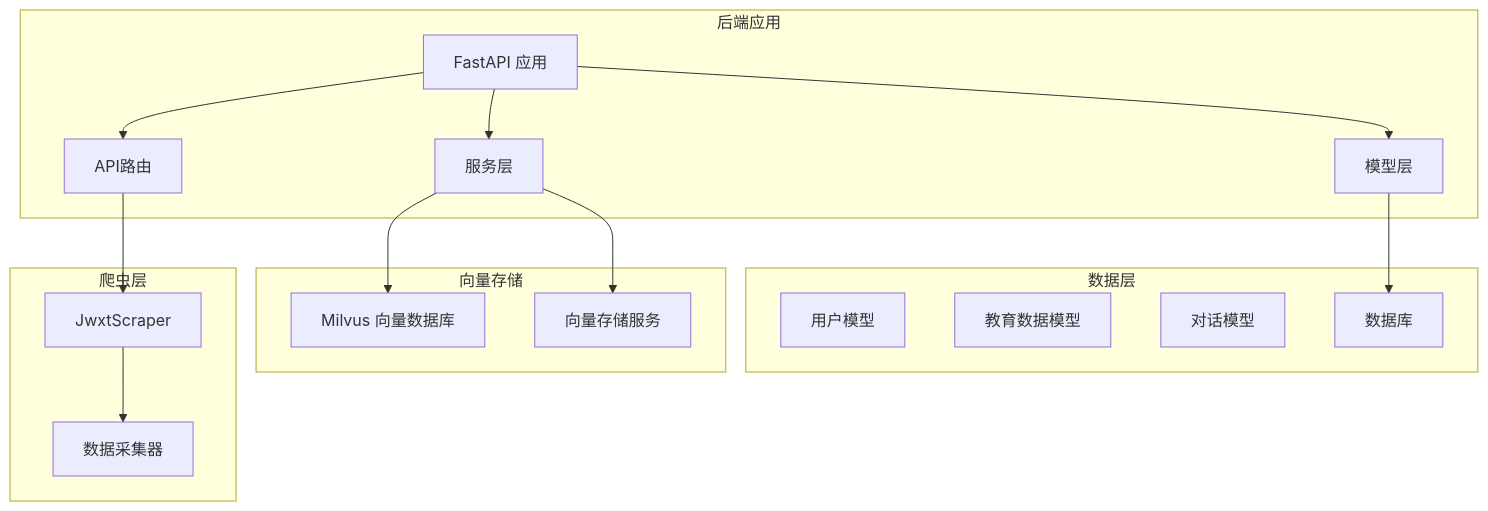
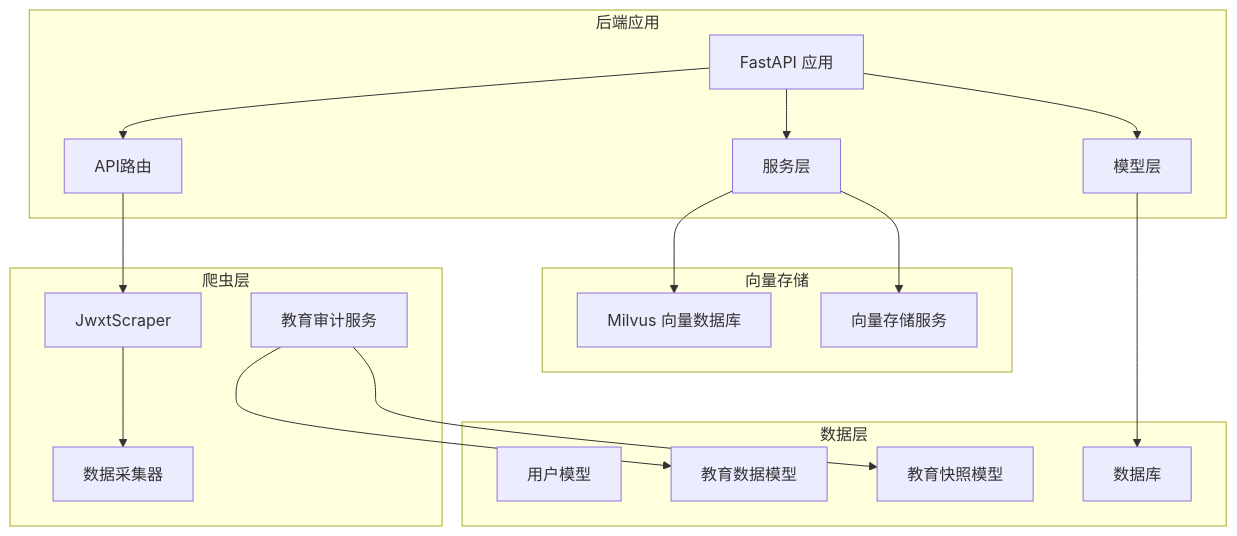
The first of 7 diagrams in .qoder/repowiki/zh/content/数据模型设计/教务数据模型.md (ghbbn053-ship-itsoulddog/soulddog), drawn with Mermaid before and after one commit. The commit also changed other lines of this file and 119 other files, not shown here.

````diff
--- a/.qoder/repowiki/zh/content/数据模型设计/教务数据模型.md
+++ b/.qoder/repowiki/zh/content/数据模型设计/教务数据模型.md
@@ -36,31 +47,34 @@
 ```mermaid
 graph TB
 subgraph "后端应用"
 A[FastAPI 应用]
 B[模型层]
 C[服务层]
 D[API路由]
 end
 subgraph "数据层"
 E[用户模型]
 F[教育数据模型]
-G[对话模型]
+G[教育快照模型]
 H[数据库]
 end
 subgraph "向量存储"
 I[Milvus 向量数据库]
 J[向量存储服务]
 end
 subgraph "爬虫层"
 K[JwxtScraper]
 L[数据采集器]
+M[教育审计服务]
 end
 A --> B
 A --> C
 A --> D
 B --> H
 C --> I
 C --> J
 D --> K
 K --> L
+M --> F
+M --> G
 ```
````
